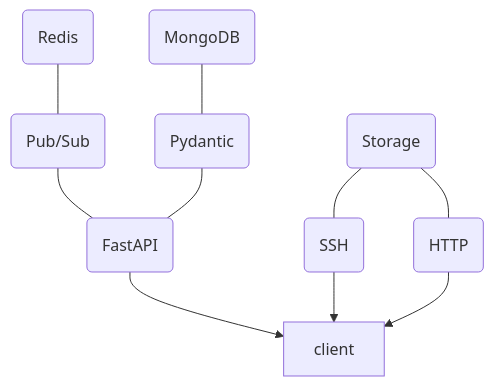
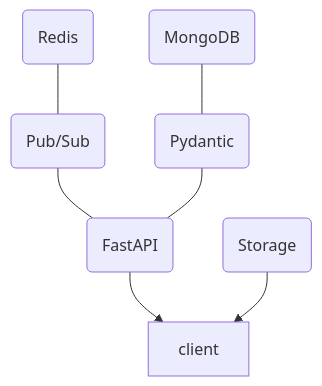
Before and after one commit to kernelci/kernelci-api: the first of 2 diagrams in doc/design.md, drawn with Mermaid. The commit also changed other lines of this file, not shown here.

````diff
--- a/doc/design.md
+++ b/doc/design.md
@@ -12,16 +12,13 @@
 ```mermaid
 graph TD
   api(FastAPI)
   pubsub(Pub/Sub) --- api
   redis(Redis) --- pubsub
   models(Pydantic) --- api
   db(MongoDB) --- models
 
   storage(Storage)
-  storage --- ssh(SSH)
-  storage --- http(HTTP)
 
   api --> client
-  ssh --> client
-  http --> client
+  storage --> client
 ```
````
